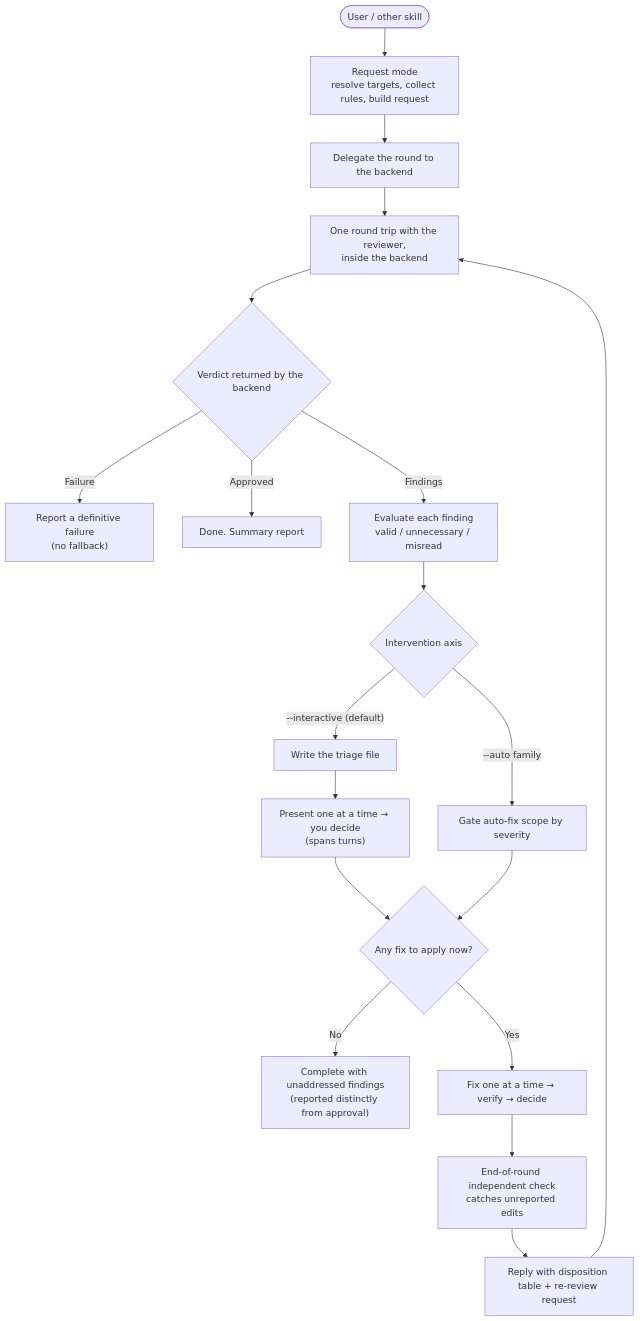
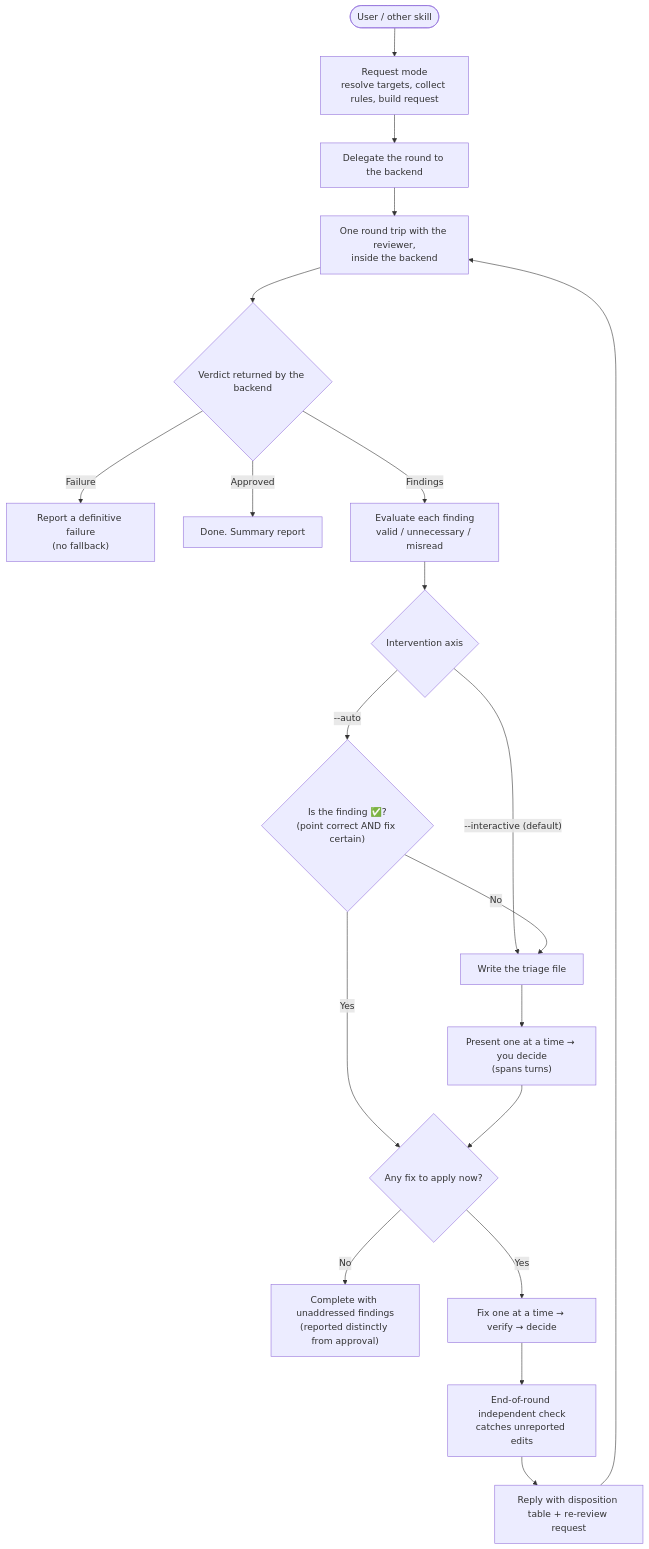
One commit to BlueEventHorizon/bw-cc-plugins changed the diagram in docs/readme/forge/guide_review.md. Above: the diagram before and after it, drawn with Mermaid. The commit also changed other lines of this file and 12 other files, not shown here.

````diff
--- a/docs/readme/forge/guide_review.md
+++ b/docs/readme/forge/guide_review.md
@@ -200,37 +200,39 @@
 ```mermaid
 flowchart TD
     START([User / other skill]) --> REQ
 
     REQ["Request mode<br/>resolve targets, collect rules, build request"] --> SEND
 
     SEND["Delegate the round to the backend"] --> WAIT
 
     WAIT["One round trip with the reviewer,<br/>inside the backend"] --> RESULT
 
     RESULT{Verdict returned by the backend}
     RESULT -->|"Failure"| FAIL["Report a definitive failure<br/>(no fallback)"]
     RESULT -->|"Approved"| DONE["Done. Summary report"]
     RESULT -->|"Findings"| EVAL
 
     EVAL["Evaluate each finding<br/>valid / unnecessary / misread"] --> MODE
 
     MODE{Intervention axis}
     MODE -->|"--interactive (default)"| TRIAGE
-    MODE -->|"--auto family"| GATE
+    MODE -->|"--auto"| SPLIT
+
+    SPLIT{"Is the finding ✅?<br/>(point correct AND fix certain)"}
+    SPLIT -->|"Yes"| CONFIRM
+    SPLIT -->|"No"| TRIAGE
 
     TRIAGE["Write the triage file"] --> STEP
 
     STEP["Present one at a time → you decide<br/>(spans turns)"] --> CONFIRM
-
-    GATE["Gate auto-fix scope by severity"] --> CONFIRM
 
     CONFIRM{Any fix to apply now?}
     CONFIRM -->|No| DONE2["Complete with unaddressed findings<br/>(reported distinctly from approval)"]
     CONFIRM -->|Yes| FIX
 
     FIX["Fix one at a time → verify → decide"] --> VERIFY
 
     VERIFY["End-of-round independent check<br/>catches unreported edits"] --> REPLY
 
     REPLY["Reply with disposition table + re-review request"] --> WAIT
 ```
````
